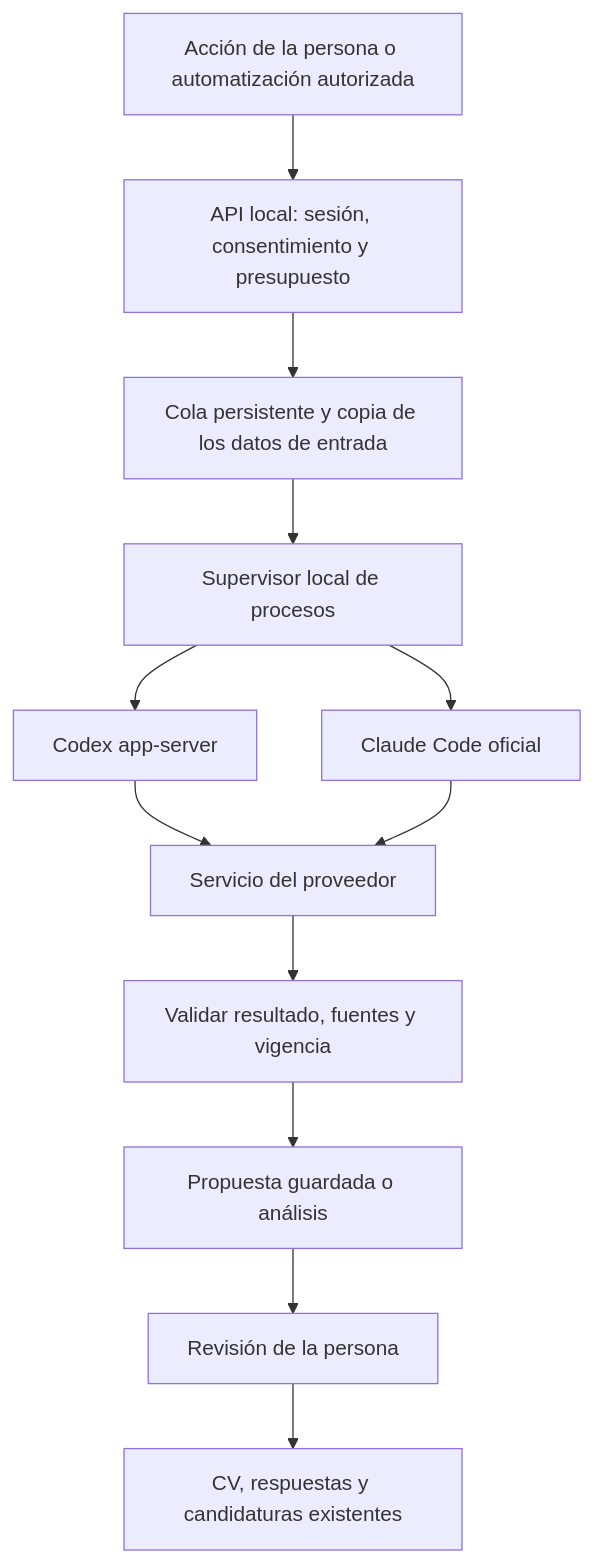
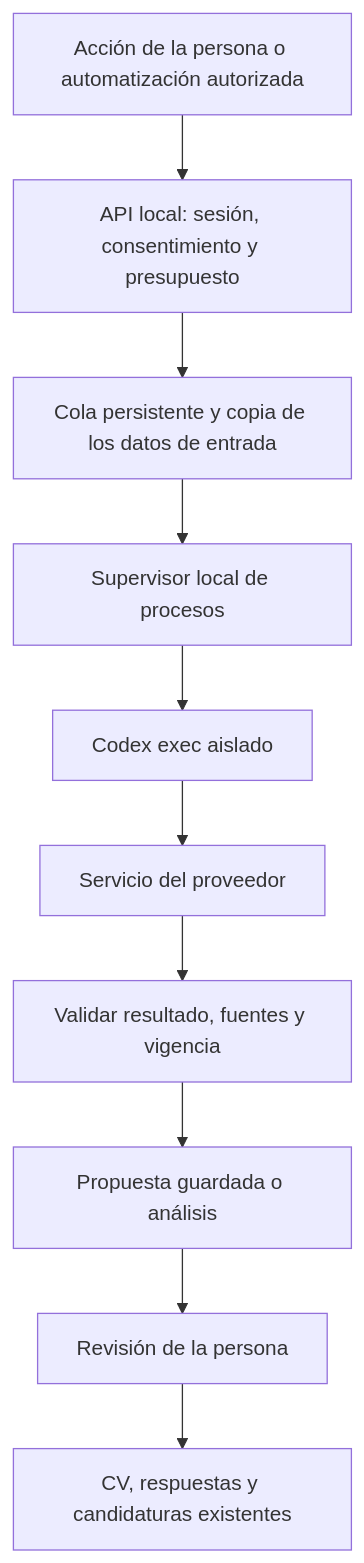
Before and after one commit to AldereteRuben/career-agent-stack: the diagram in docs/releases/v0.9.0-plan.md, drawn with Mermaid. The commit also changed other lines of this file and 92 other files, not shown here.

````diff
--- a/docs/releases/v0.9.0-plan.md
+++ b/docs/releases/v0.9.0-plan.md
@@ -209,14 +210,12 @@
 ```mermaid
 flowchart TD
   UI[Acción de la persona o automatización autorizada] --> API[API local: sesión, consentimiento y presupuesto]
   API --> Q[Cola persistente y copia de los datos de entrada]
   Q --> R[Supervisor local de procesos]
-  R --> C[Codex app-server]
-  R --> A[Claude Code oficial]
+  R --> C[Codex exec aislado]
   C --> P[Servicio del proveedor]
-  A --> P
   P --> V[Validar resultado, fuentes y vigencia]
   V --> D[Propuesta guardada o análisis]
   D --> REV[Revisión de la persona]
   REV --> EXIST[CV, respuestas y candidaturas existentes]
 ```
````
